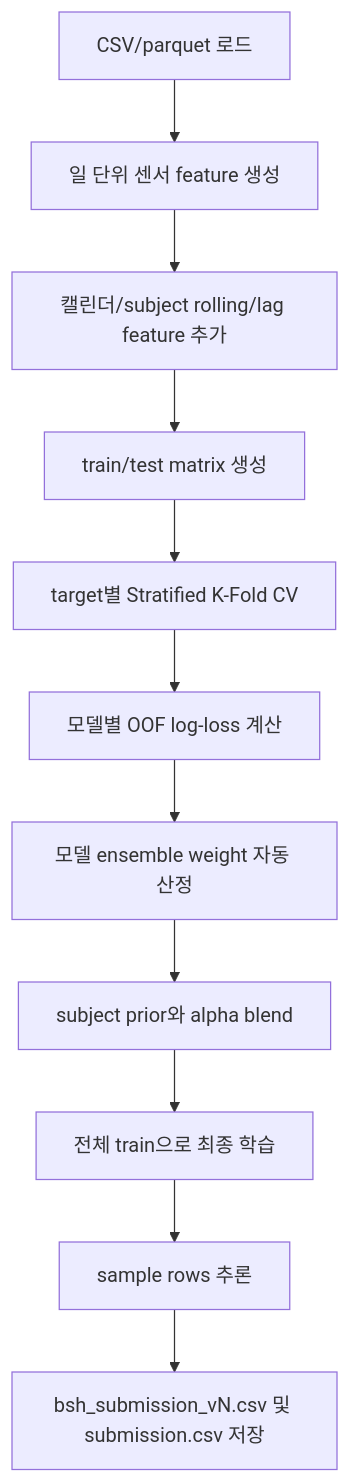
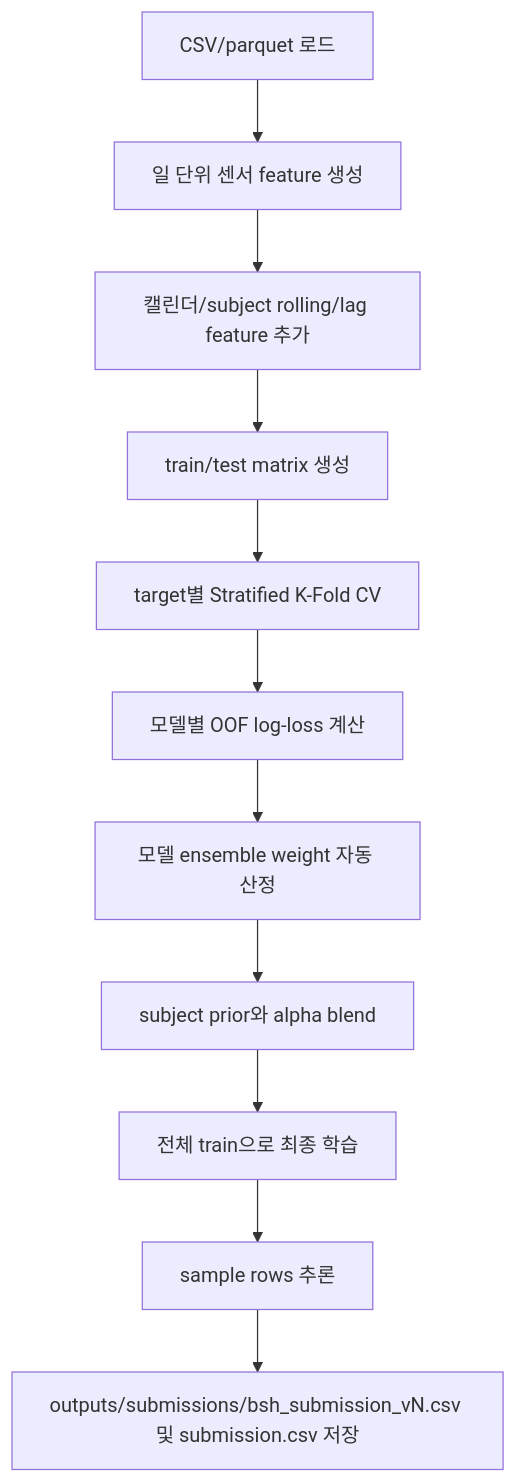
Before and after one commit to baek-seunghwan/dacon-236690: the diagram in dacon-236690/PIPELINE.md, drawn with Mermaid. The commit also changed other lines of this file and 32 other files, not shown here.

````diff
--- a/dacon-236690/PIPELINE.md
+++ b/dacon-236690/PIPELINE.md
@@ -38,13 +38,13 @@
 ```mermaid
 flowchart TD
     A["CSV/parquet 로드"] --> B["일 단위 센서 feature 생성"]
     B --> C["캘린더/subject rolling/lag feature 추가"]
     C --> D["train/test matrix 생성"]
     D --> E["target별 Stratified K-Fold CV"]
     E --> F["모델별 OOF log-loss 계산"]
     F --> G["모델 ensemble weight 자동 산정"]
     G --> H["subject prior와 alpha blend"]
     H --> I["전체 train으로 최종 학습"]
     I --> J["sample rows 추론"]
-    J --> K["bsh_submission_vN.csv 및 submission.csv 저장"]
+    J --> K["outputs/submissions/bsh_submission_vN.csv 및 submission.csv 저장"]
 ```
````
